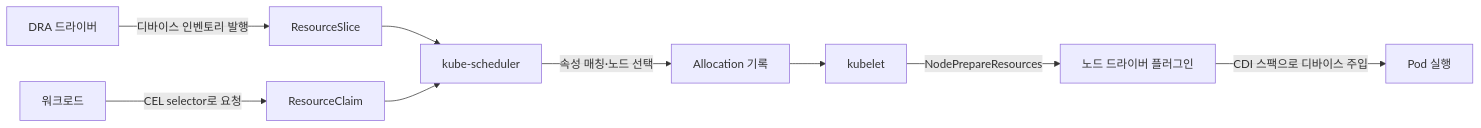
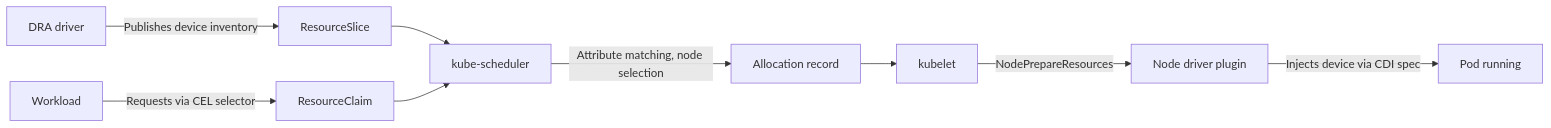
One commit to devfloor9/engineering-playbook changed the diagram in docs/eks-best-practices/resource-cost/kubernetes-dra.md. Above: the diagram before and after it, drawn with Mermaid. The commit also changed other lines of this file and 954 other files, not shown here.

````diff
--- a/docs/eks-best-practices/resource-cost/kubernetes-dra.md
+++ b/docs/eks-best-practices/resource-cost/kubernetes-dra.md
@@ -61,11 +61,11 @@
 ```mermaid
 flowchart LR
-    D[DRA 드라이버] -->|디바이스 인벤토리 발행| RS[ResourceSlice]
-    U[워크로드] -->|CEL selector로 요청| RC[ResourceClaim]
+    D[DRA driver] -->|Publishes device inventory| RS[ResourceSlice]
+    U[Workload] -->|Requests via CEL selector| RC[ResourceClaim]
     RS --> S[kube-scheduler]
     RC --> S
-    S -->|속성 매칭·노드 선택| A[Allocation 기록]
+    S -->|Attribute matching, node selection| A[Allocation record]
     A --> K[kubelet]
-    K -->|NodePrepareResources| D2[노드 드라이버 플러그인]
-    D2 -->|CDI 스팩으로 디바이스 주입| P[Pod 실행]
+    K -->|NodePrepareResources| D2[Node driver plugin]
+    D2 -->|Injects device via CDI spec| P[Pod running]
 ```
````
